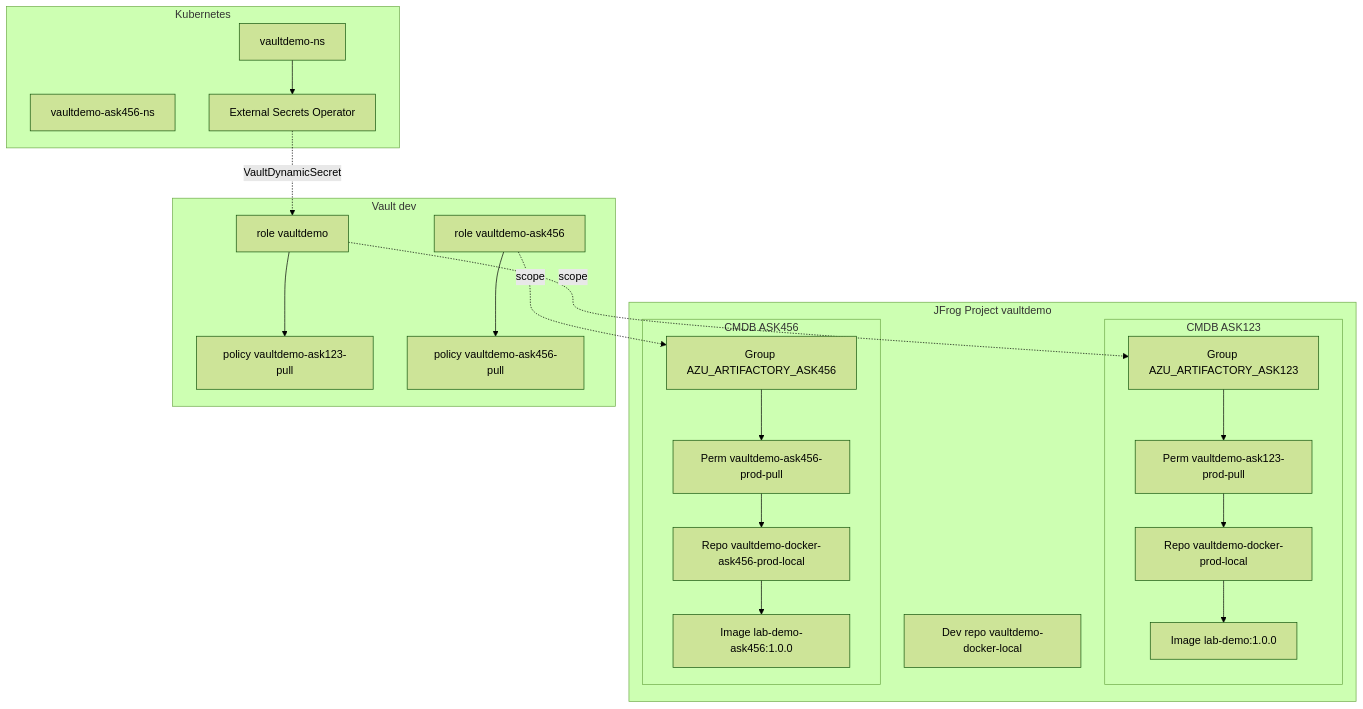
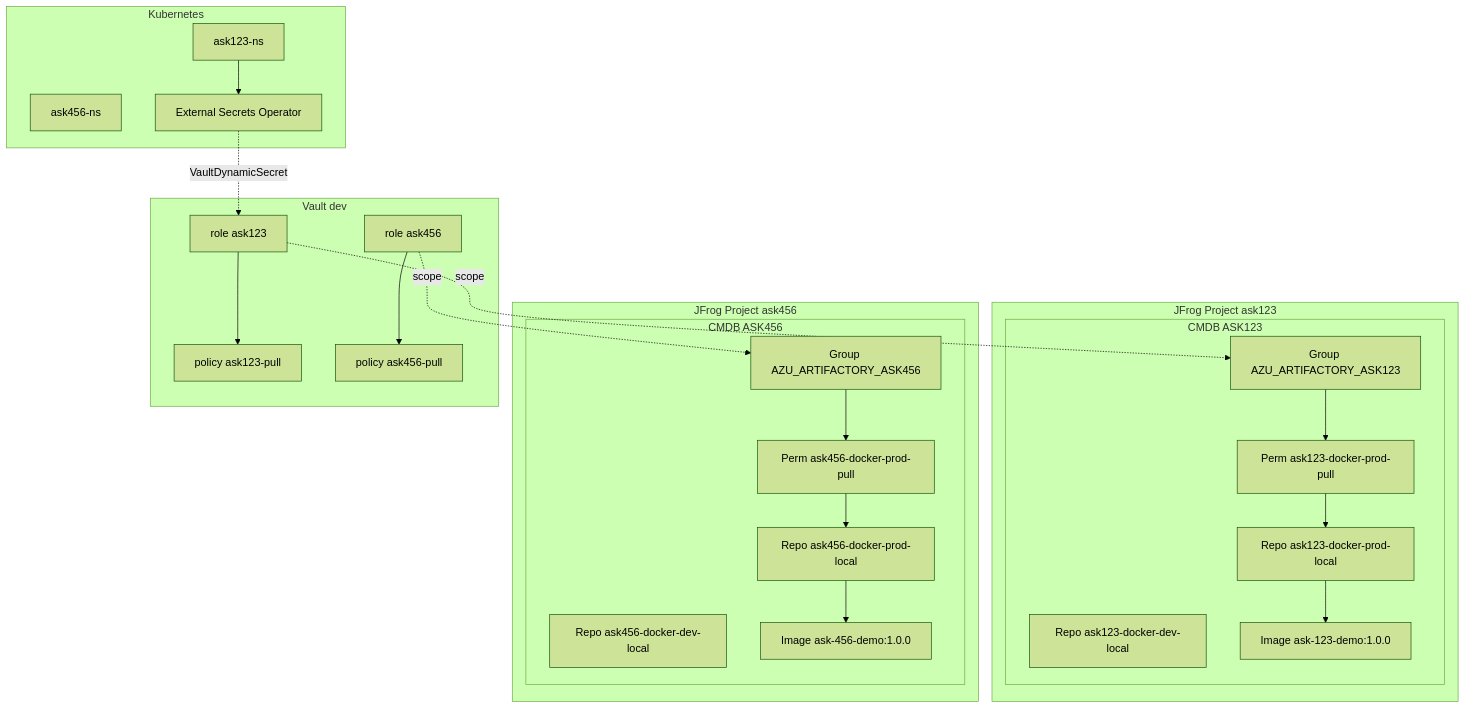
The second of 7 diagrams in docs/visual-architecture.md (tomjfrog/vault-artifactory-lab), drawn with Mermaid (forest theme) before and after one commit. The commit also changed other lines of this file and 32 other files, not shown here.

````diff
--- a/docs/visual-architecture.md
+++ b/docs/visual-architecture.md
@@ -143,40 +142,44 @@
 ```mermaid
 flowchart TB
-    subgraph project["JFrog Project vaultdemo"]
+    subgraph ask123proj["JFrog Project ask123"]
         subgraph ask123["CMDB ASK123"]
             G1["Group AZU_ARTIFACTORY_ASK123"]
-            P1["Perm vaultdemo-ask123-prod-pull"]
-            R1["Repo vaultdemo-docker-prod-local"]
-            I1["Image lab-demo:1.0.0"]
+            P1["Perm ask123-docker-prod-pull"]
+            D1["Repo ask123-docker-dev-local"]
+            R1["Repo ask123-docker-prod-local"]
+            I1["Image ask-123-demo:1.0.0"]
             G1 --> P1 --> R1 --> I1
         end
+    end
+
+    subgraph ask456proj["JFrog Project ask456"]
         subgraph ask456["CMDB ASK456"]
             G2["Group AZU_ARTIFACTORY_ASK456"]
-            P2["Perm vaultdemo-ask456-prod-pull"]
-            R2["Repo vaultdemo-docker-ask456-prod-local"]
-            I2["Image lab-demo-ask456:1.0.0"]
+            P2["Perm ask456-docker-prod-pull"]
+            D2["Repo ask456-docker-dev-local"]
+            R2["Repo ask456-docker-prod-local"]
+            I2["Image ask-456-demo:1.0.0"]
             G2 --> P2 --> R2 --> I2
         end
-        DEV["Dev repo vaultdemo-docker-local"]
     end
 
     subgraph vault["Vault dev"]
-        VR1["role vaultdemo"]
-        VR2["role vaultdemo-ask456"]
-        VP1["policy vaultdemo-ask123-pull"]
-        VP2["policy vaultdemo-ask456-pull"]
+        VR1["role ask123"]
+        VR2["role ask456"]
+        VP1["policy ask123-pull"]
+        VP2["policy ask456-pull"]
         VR1 --> VP1
         VR2 --> VP2
     end
 
     subgraph k8s["Kubernetes"]
-        NS1["vaultdemo-ns"]
-        NS2["vaultdemo-ask456-ns"]
+        NS1["ask123-ns"]
+        NS2["ask456-ns"]
         ESO["External Secrets Operator"]
     end
 
     VR1 -.->|scope| G1
     VR2 -.->|scope| G2
     NS1 --> ESO
     ESO -.->|VaultDynamicSecret| VR1
 ```
````
